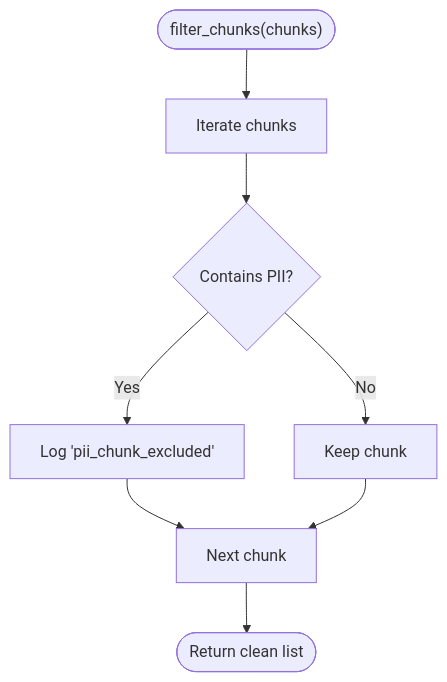
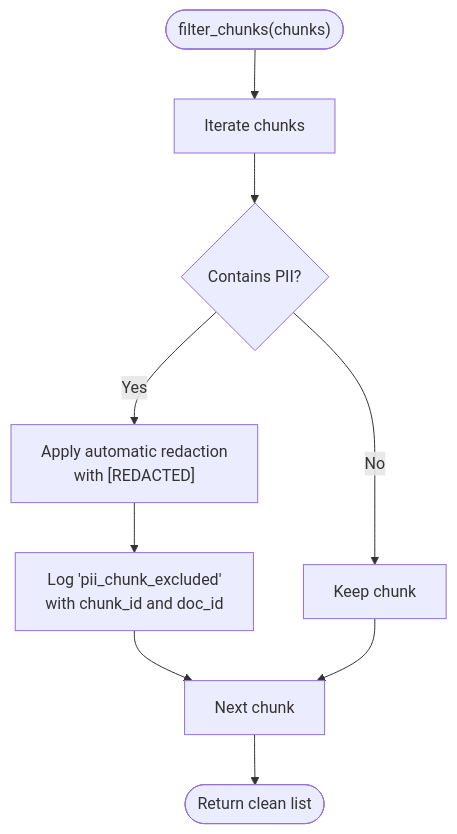
The fourth of 9 diagrams in .qoder/repowiki/en/content/Security and Compliance/Security and Compliance.md (genes8/private-ai), drawn with Mermaid before and after one commit. The commit also changed other lines of this file and 55 other files, not shown here.

````diff
--- a/.qoder/repowiki/en/content/Security and Compliance/Security and Compliance.md
+++ b/.qoder/repowiki/en/content/Security and Compliance/Security and Compliance.md
@@ -180,8 +209,10 @@
 ```mermaid
 flowchart TD
 StartCF(["filter_chunks(chunks)"]) --> Iterate["Iterate chunks"]
 Iterate --> PII{"Contains PII?"}
-PII --> |Yes| LogPII["Log 'pii_chunk_excluded'"] --> NextCF["Next chunk"]
+PII --> |Yes| Redact["Apply automatic redaction<br/>with [REDACTED]"]
+Redact --> LogPII["Log 'pii_chunk_excluded'<br/>with chunk_id and doc_id"]
+LogPII --> NextCF["Next chunk"]
 PII --> |No| Keep["Keep chunk"] --> NextCF
 NextCF --> DoneCF(["Return clean list"])
 ```
````
